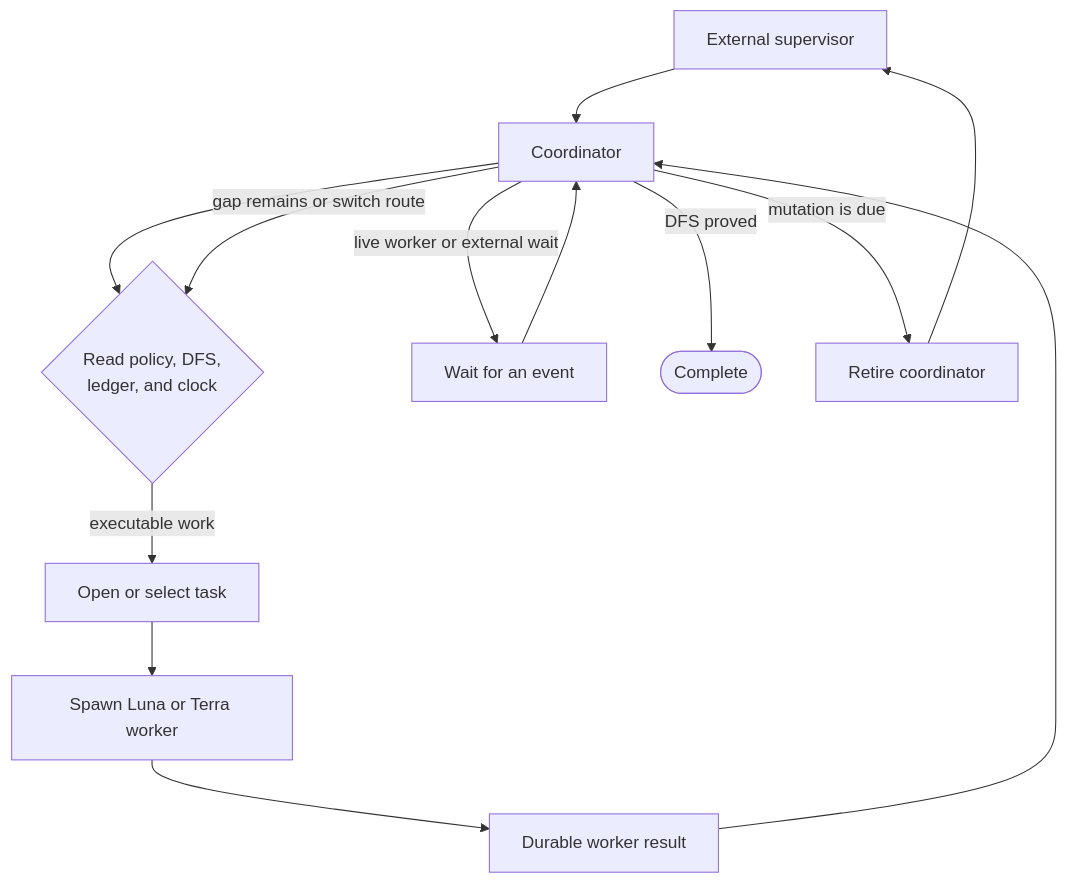
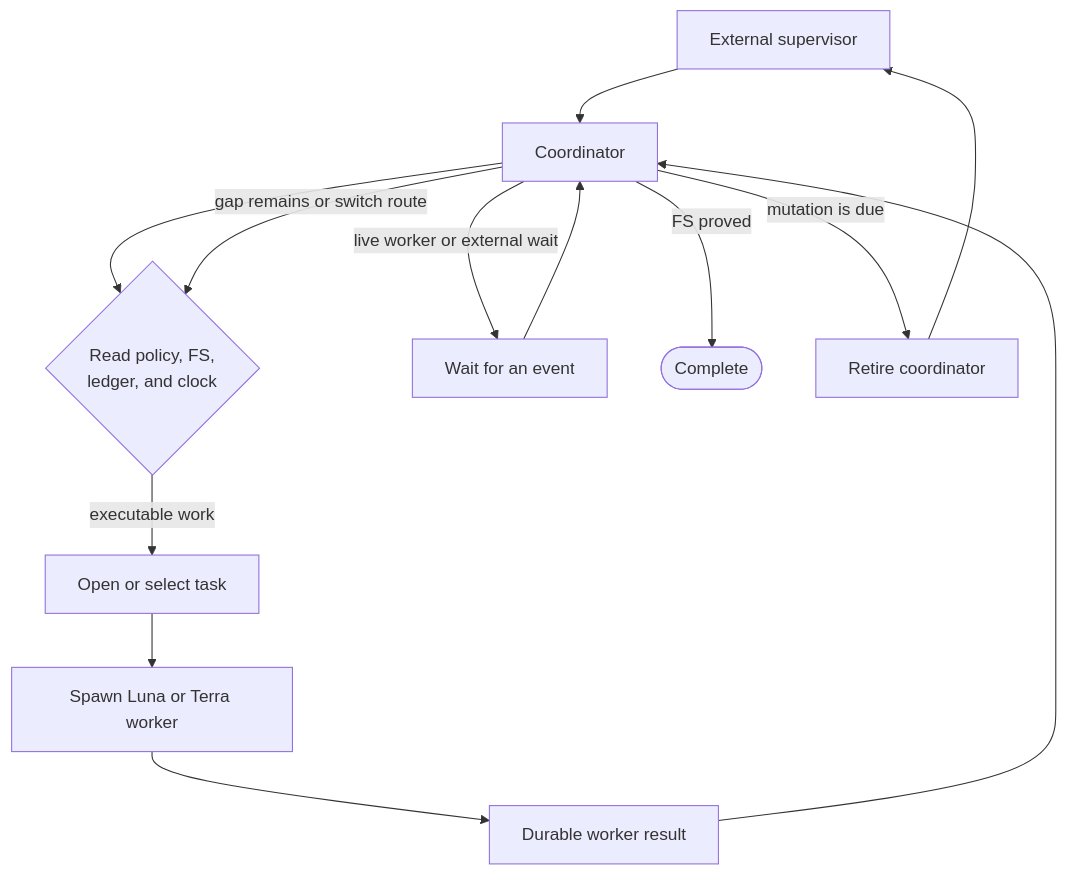
One commit to josihosi/de67 changed the second of 3 diagrams in docs/how-de67-works.md. Above: the diagram before and after it, drawn with Mermaid. The commit also changed other lines of this file and 41 other files, not shown here.

````diff
--- a/docs/how-de67-works.md
+++ b/docs/how-de67-works.md
@@ -25,15 +25,15 @@
 ```mermaid
 flowchart TD
     S[External supervisor] --> C[Coordinator]
-    C --> K{Read policy, DFS,<br/>ledger, and clock}
+    C --> K{Read policy, FS,<br/>ledger, and clock}
     K -->|executable work| T[Open or select task]
     T --> W[Spawn Luna or Terra worker]
     W --> R[Durable worker result]
     R --> C
     C -->|gap remains or switch route| K
     C -->|live worker or external wait| Wait[Wait for an event]
     Wait --> C
-    C -->|DFS proved| Done([Complete])
+    C -->|FS proved| Done([Complete])
     C -->|mutation is due| Retire[Retire coordinator]
     Retire --> S
 ```
````
